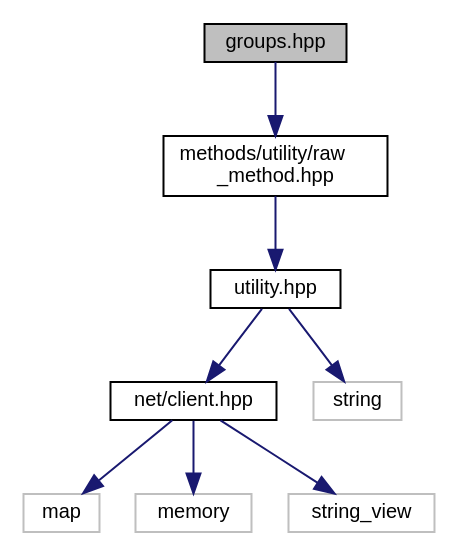
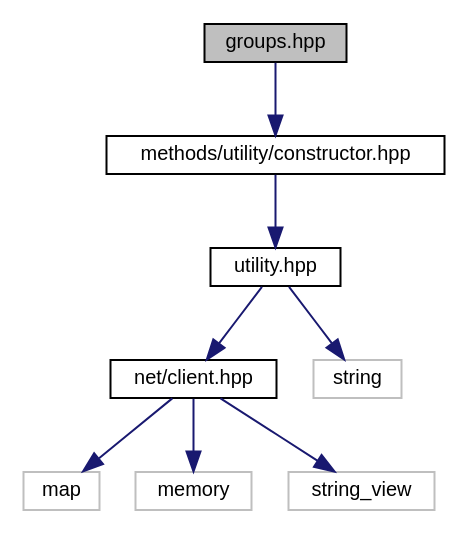
Before and after one commit to edgjj/cpp_vk_lib: the diagram in docs/groups_8hpp__incl.dot, drawn with Graphviz. The commit also changed 347 other files, not shown here.

Commit message:
improved method constructor

```diff
--- a/docs/groups_8hpp__incl.dot
+++ b/docs/groups_8hpp__incl.dot
@@ -1,21 +1,21 @@
 digraph "groups.hpp"
 {
  // LATEX_PDF_SIZE
   edge [fontname="Helvetica",fontsize="10",labelfontname="Helvetica",labelfontsize="10"];
   node [fontname="Helvetica",fontsize="10",shape=record];
   Node1 [label="groups.hpp",height=0.2,width=0.4,color="black", fillcolor="grey75", style="filled", fontcolor="black",tooltip=" "];
   Node1 -> Node2 [color="midnightblue",fontsize="10",style="solid",fontname="Helvetica"];
-  Node2 [label="methods/utility/raw\l_method.hpp",height=0.2,width=0.4,color="black", fillcolor="white", style="filled",URL="$raw__method_8hpp.html",tooltip=" "];
+  Node2 [label="methods/utility/constructor.hpp",height=0.2,width=0.4,color="black", fillcolor="white", style="filled",URL="$constructor_8hpp.html",tooltip=" "];
   Node2 -> Node3 [color="midnightblue",fontsize="10",style="solid",fontname="Helvetica"];
   Node3 [label="utility.hpp",height=0.2,width=0.4,color="black", fillcolor="white", style="filled",URL="$utility_8hpp.html",tooltip=" "];
   Node3 -> Node4 [color="midnightblue",fontsize="10",style="solid",fontname="Helvetica"];
   Node4 [label="net/client.hpp",height=0.2,width=0.4,color="black", fillcolor="white", style="filled",URL="$net_2client_8hpp.html",tooltip=" "];
   Node4 -> Node5 [color="midnightblue",fontsize="10",style="solid",fontname="Helvetica"];
   Node5 [label="map",height=0.2,width=0.4,color="grey75", fillcolor="white", style="filled",tooltip=" "];
   Node4 -> Node6 [color="midnightblue",fontsize="10",style="solid",fontname="Helvetica"];
   Node6 [label="memory",height=0.2,width=0.4,color="grey75", fillcolor="white", style="filled",tooltip=" "];
   Node4 -> Node7 [color="midnightblue",fontsize="10",style="solid",fontname="Helvetica"];
   Node7 [label="string_view",height=0.2,width=0.4,color="grey75", fillcolor="white", style="filled",tooltip=" "];
   Node3 -> Node8 [color="midnightblue",fontsize="10",style="solid",fontname="Helvetica"];
   Node8 [label="string",height=0.2,width=0.4,color="grey75", fillcolor="white", style="filled",tooltip=" "];
 }
```
